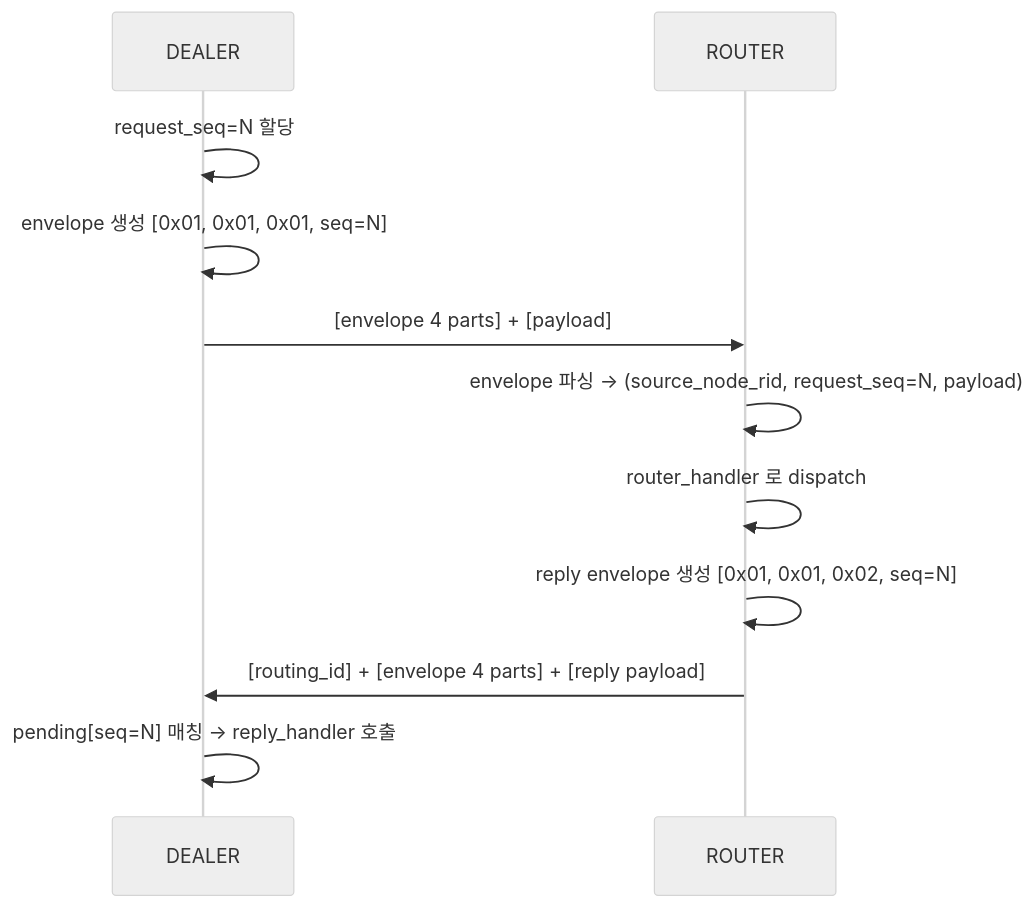
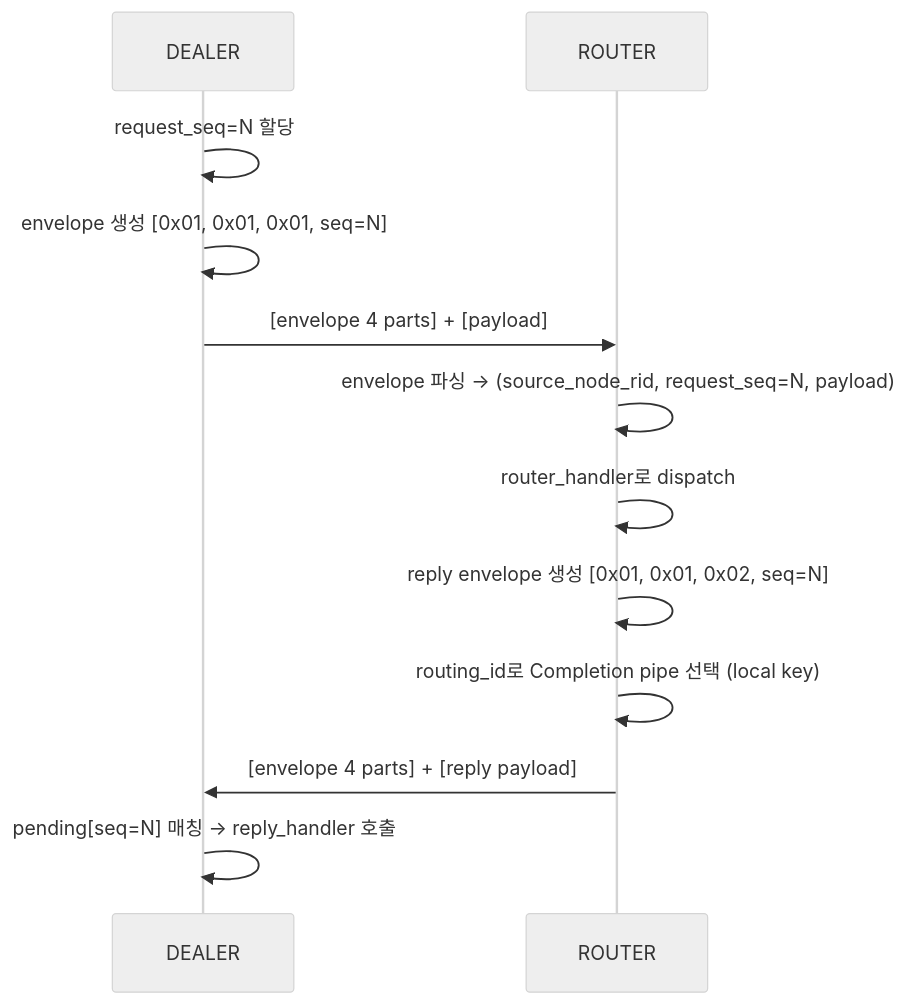
Before and after one commit to zlink-systems/zlink: the second of 2 diagrams in core/doc/spec/core/protocol/01-zmp.ko.md, drawn with Mermaid (neutral theme). The commit also changed other lines of this file and 37 other files, not shown here.

````diff
--- a/core/doc/spec/core/protocol/01-zmp.ko.md
+++ b/core/doc/spec/core/protocol/01-zmp.ko.md
@@ -154,14 +202,15 @@
 ```mermaid
 sequenceDiagram
     participant D as DEALER
     participant R as ROUTER
 
     D->>D: request_seq=N 할당
     D->>D: envelope 생성 [0x01, 0x01, 0x01, seq=N]
     D->>R: [envelope 4 parts] + [payload]
     R->>R: envelope 파싱 → (source_node_rid, request_seq=N, payload)
-    R->>R: router_handler 로 dispatch
+    R->>R: router_handler로 dispatch
     R->>R: reply envelope 생성 [0x01, 0x01, 0x02, seq=N]
-    R->>D: [routing_id] + [envelope 4 parts] + [reply payload]
+    R->>R: routing_id로 Completion pipe 선택 (local key)
+    R->>D: [envelope 4 parts] + [reply payload]
     D->>D: pending[seq=N] 매칭 → reply_handler 호출
 ```
````
